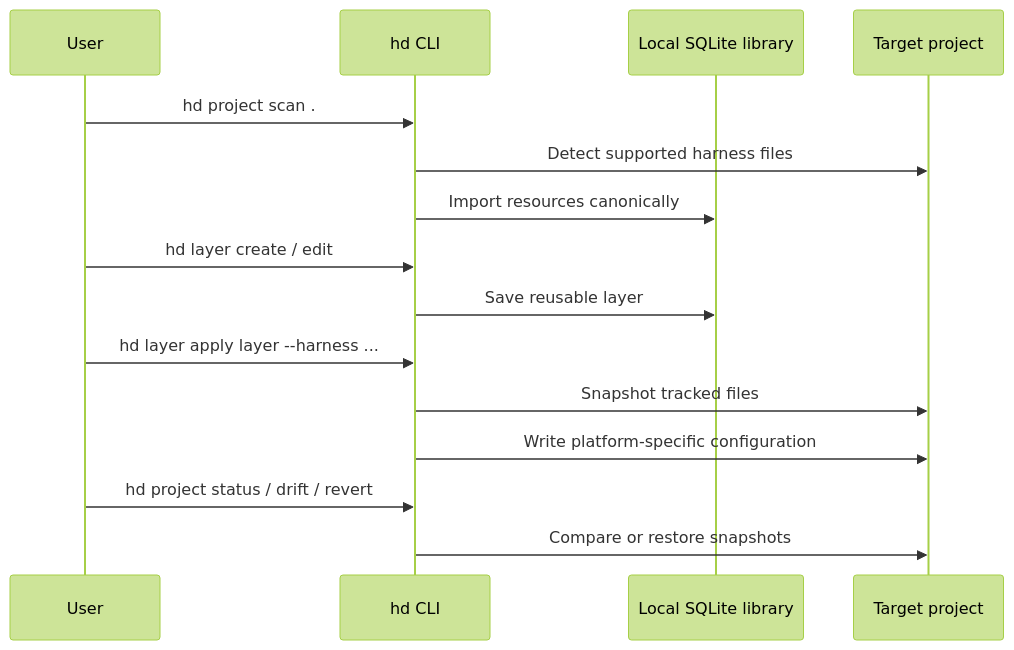
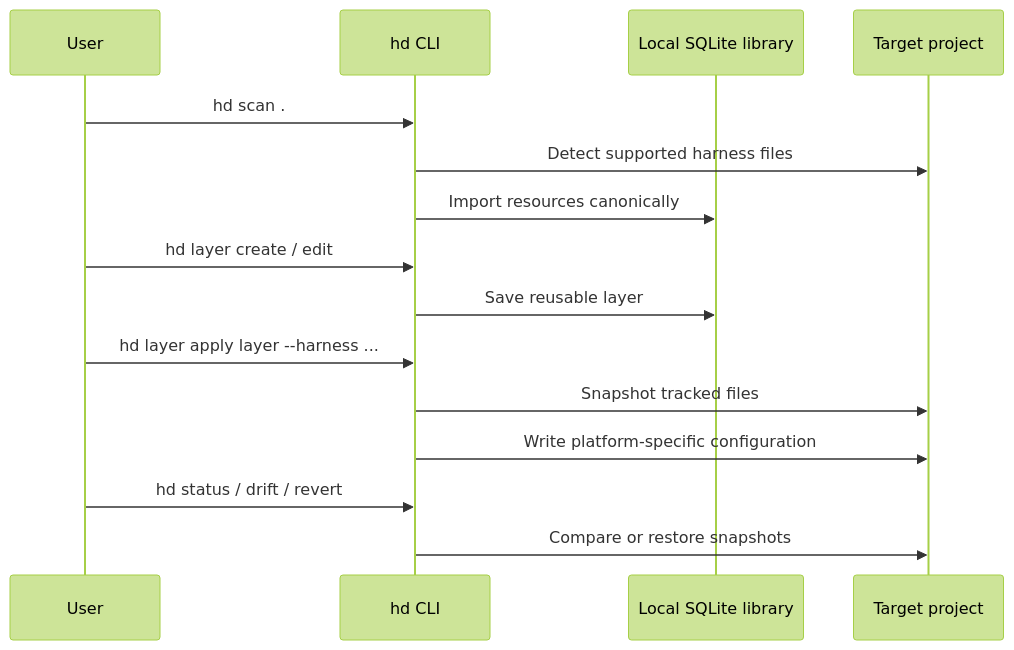
Before and after one commit to harnesstap/harnesstap: the second of 3 diagrams in README.md, drawn with Mermaid (forest theme). The commit also changed other lines of this file and 24 other files, not shown here.

````diff
--- a/README.md
+++ b/README.md
@@ -252,18 +252,18 @@
 ```mermaid
 sequenceDiagram
   participant User
   participant CLI as hd CLI
   participant DB as Local SQLite library
   participant Project as Target project
 
-  User->>CLI: hd project scan .
+  User->>CLI: hd scan .
   CLI->>Project: Detect supported harness files
   CLI->>DB: Import resources canonically
   User->>CLI: hd layer create / edit
   CLI->>DB: Save reusable layer
   User->>CLI: hd layer apply layer --harness ...
   CLI->>Project: Snapshot tracked files
   CLI->>Project: Write platform-specific configuration
-  User->>CLI: hd project status / drift / revert
+  User->>CLI: hd status / drift / revert
   CLI->>Project: Compare or restore snapshots
 ```
````
